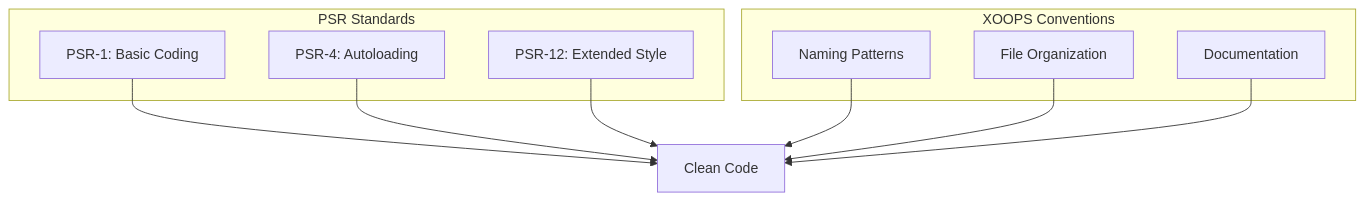
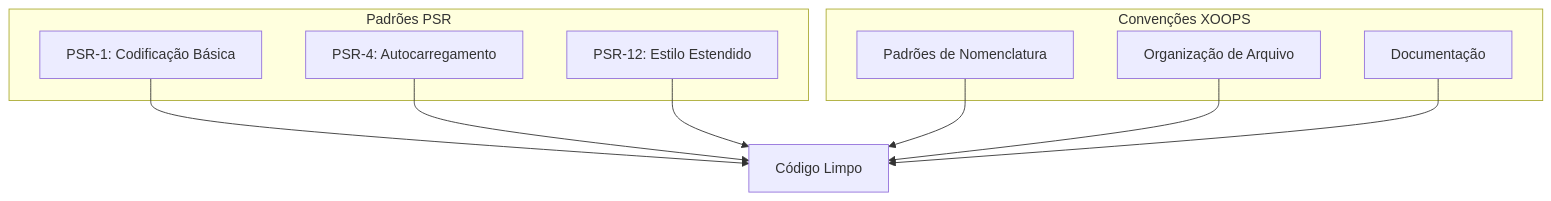
The diagram in apps/docs-27/src/content/docs/pt/contributing/code-style/php.md (mambax7/xoops-docs), drawn with Mermaid before and after one commit. The commit also changed other lines of this file and 162 other files, not shown here.

````diff
--- a/apps/docs-27/src/content/docs/pt/contributing/code-style/php.md
+++ b/apps/docs-27/src/content/docs/pt/contributing/code-style/php.md
@@ -14,21 +14,21 @@
 ```mermaid
 graph TB
-    subgraph "PSR Standards"
-        A[PSR-1: Basic Coding]
-        B[PSR-4: Autoloading]
-        C[PSR-12: Extended Style]
+    subgraph "Padrões PSR"
+        A[PSR-1: Codificação Básica]
+        B[PSR-4: Autocarregamento]
+        C[PSR-12: Estilo Estendido]
     end
 
-    subgraph "XOOPS Conventions"
-        D[Naming Patterns]
-        E[File Organization]
-        F[Documentation]
+    subgraph "Convenções XOOPS"
+        D[Padrões de Nomenclatura]
+        E[Organização de Arquivo]
+        F[Documentação]
     end
 
-    A --> G[Clean Code]
+    A --> G[Código Limpo]
     B --> G
     C --> G
     D --> G
     E --> G
     F --> G
 ```
````
